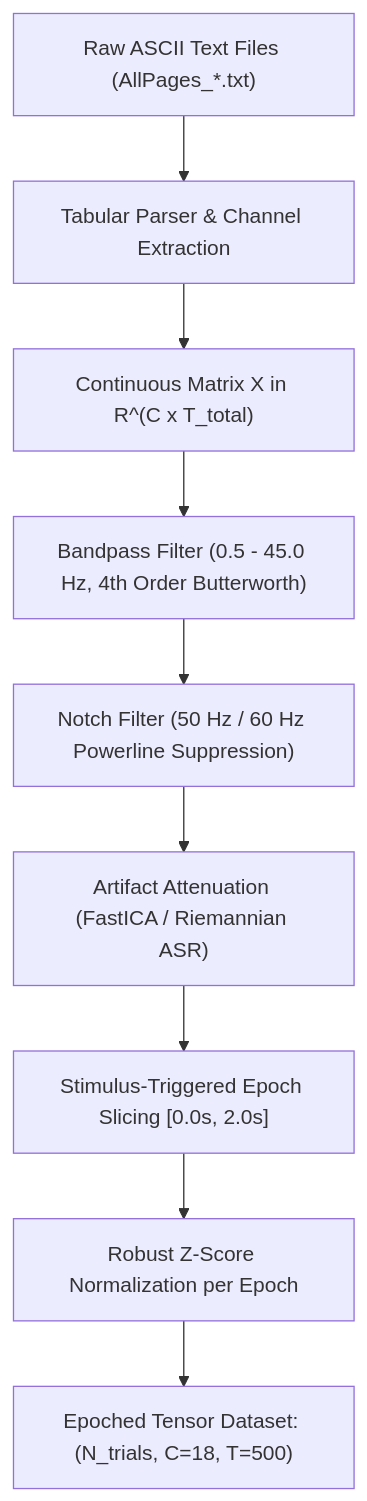
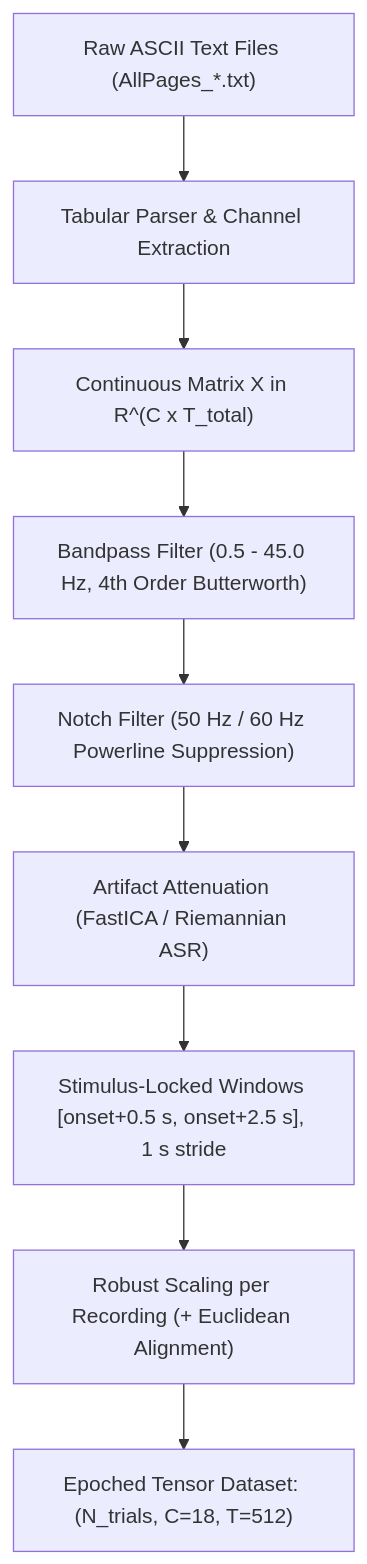
The first of 2 diagrams in docs/RESEARCH_DOCUMENTATION.md (AlekhyaGangopadhyay/Signal-Research), drawn with Mermaid before and after one commit. The commit also changed other lines of this file and 43 other files, not shown here.

````diff
--- a/docs/RESEARCH_DOCUMENTATION.md
+++ b/docs/RESEARCH_DOCUMENTATION.md
@@ -81,11 +100,11 @@
 ```mermaid
 flowchart TD
     A["Raw ASCII Text Files (AllPages_*.txt)"] --> B["Tabular Parser & Channel Extraction"]
     B --> C["Continuous Matrix X in R^(C x T_total)"]
     C --> D["Bandpass Filter (0.5 - 45.0 Hz, 4th Order Butterworth)"]
     D --> E["Notch Filter (50 Hz / 60 Hz Powerline Suppression)"]
     E --> F["Artifact Attenuation (FastICA / Riemannian ASR)"]
-    F --> G["Stimulus-Triggered Epoch Slicing [0.0s, 2.0s]"]
-    G --> H["Robust Z-Score Normalization per Epoch"]
-    H --> I["Epoched Tensor Dataset: (N_trials, C=18, T=500)"]
+    F --> G["Stimulus-Locked Windows [onset+0.5 s, onset+2.5 s], 1 s stride"]
+    G --> H["Robust Scaling per Recording (+ Euclidean Alignment)"]
+    H --> I["Epoched Tensor Dataset: (N_trials, C=18, T=512)"]
 ```
````
